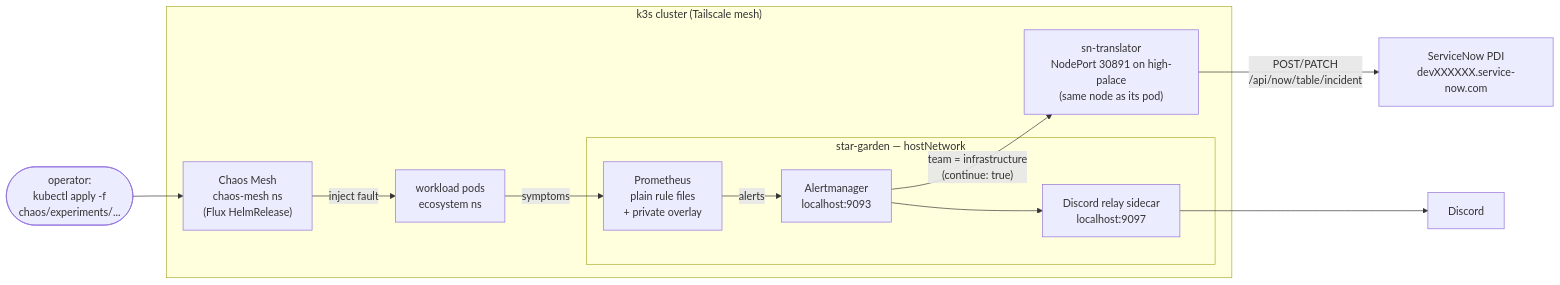
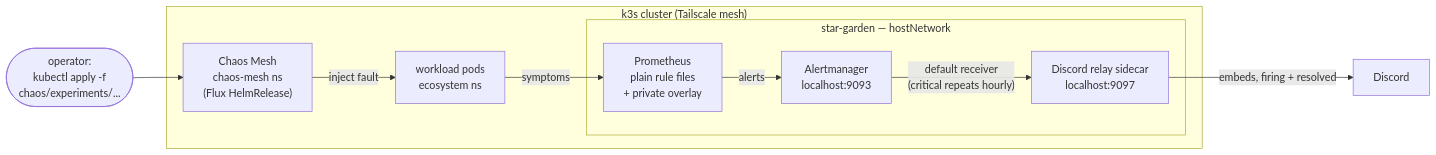
One commit to grntsmth/homelab changed the diagram in chaos/README.md. Above: the diagram before and after it, drawn with Mermaid. The commit also changed other lines of this file and 29 other files, not shown here.

First line of the commit message:
feat!: retire the ServiceNow incident pipeline (ADR-003)

````diff
--- a/chaos/README.md
+++ b/chaos/README.md
@@ -17,27 +20,23 @@
 ```mermaid
 flowchart LR
     OP(["operator:<br>kubectl apply -f<br>chaos/experiments/..."])
 
     subgraph k3s["k3s cluster (Tailscale mesh)"]
         CM["Chaos Mesh<br>chaos-mesh ns<br>(Flux HelmRelease)"]
         W["workload pods<br>ecosystem ns"]
         subgraph SG["star-garden — hostNetwork"]
             P["Prometheus<br>plain rule files<br>+ private overlay"]
             AM["Alertmanager<br>localhost:9093"]
             DR["Discord relay sidecar<br>localhost:9097"]
         end
-        SN["sn-translator<br>NodePort 30891 on high-palace<br>(same node as its pod)"]
     end
 
-    SNOW["ServiceNow PDI<br>devXXXXXX.service-now.com"]
     DC["Discord"]
 
     OP --> CM
     CM -- "inject fault" --> W
     W -- "symptoms" --> P
     P -- "alerts" --> AM
-    AM -- "team = infrastructure<br>(continue: true)" --> SN
-    AM --> DR
-    DR --> DC
-    SN -- "POST/PATCH<br>/api/now/table/incident" --> SNOW
+    AM -- "default receiver<br>(critical repeats hourly)" --> DR
+    DR -- "embeds, firing + resolved" --> DC
 ```
````
